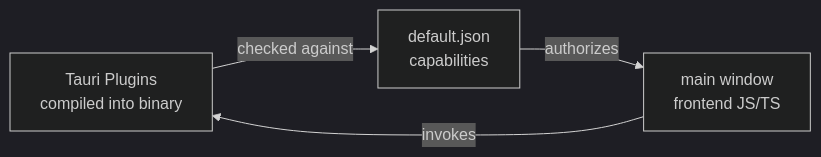
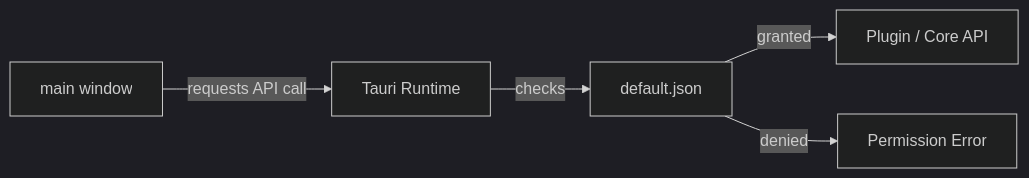
Before and after one commit to leszek3737/librefang-WIki: the diagram in other-librefang-desktop-capabilities.md, drawn with Mermaid (dark theme). The commit also changed other lines of this file and 98 other files, not shown here.

````diff
--- a/other-librefang-desktop-capabilities.md
+++ b/other-librefang-desktop-capabilities.md
@@ -81,6 +55,7 @@
 ```mermaid
-graph LR
-    A[Tauri Plugins<br>compiled into binary] -->|checked against| B[default.json<br>capabilities]
-    B -->|authorizes| C[main window<br>frontend JS/TS]
-    C -->|invokes| A
+flowchart LR
+    A[main window] -->|requests API call| B[Tauri Runtime]
+    B -->|checks| C[default.json]
+    C -->|granted| D[Plugin / Core API]
+    C -->|denied| E[Permission Error]
 ```
````
